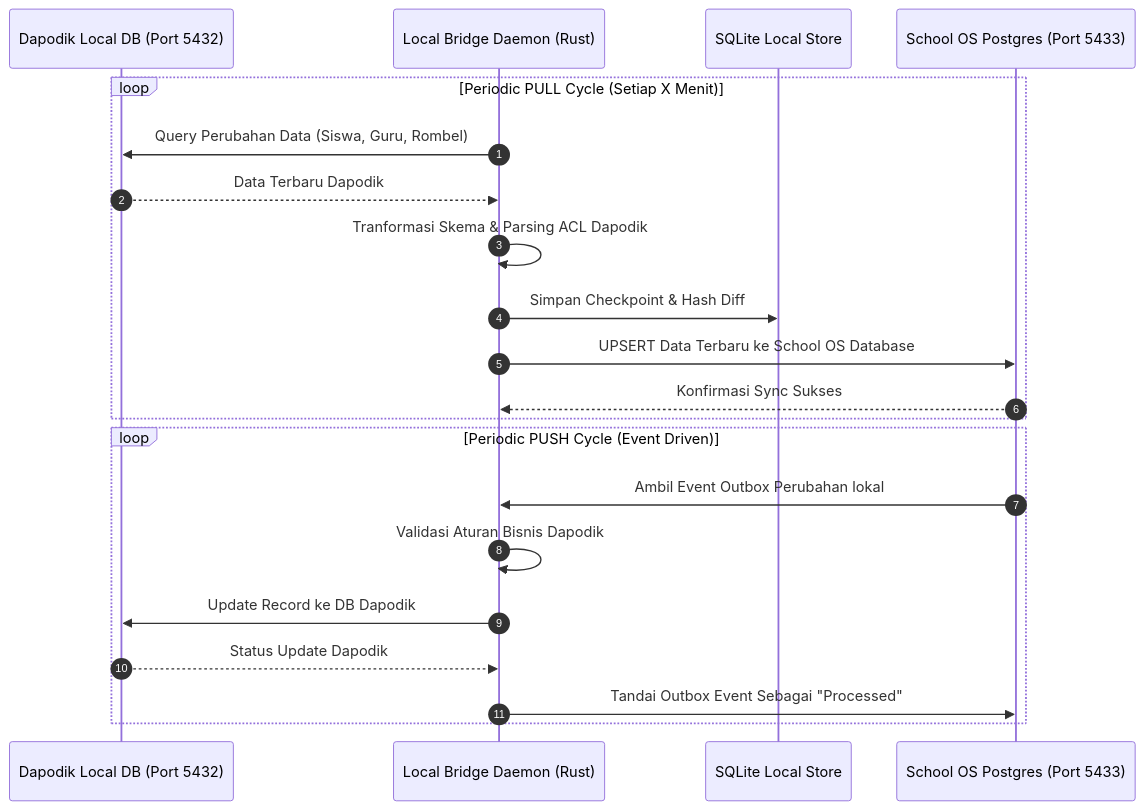
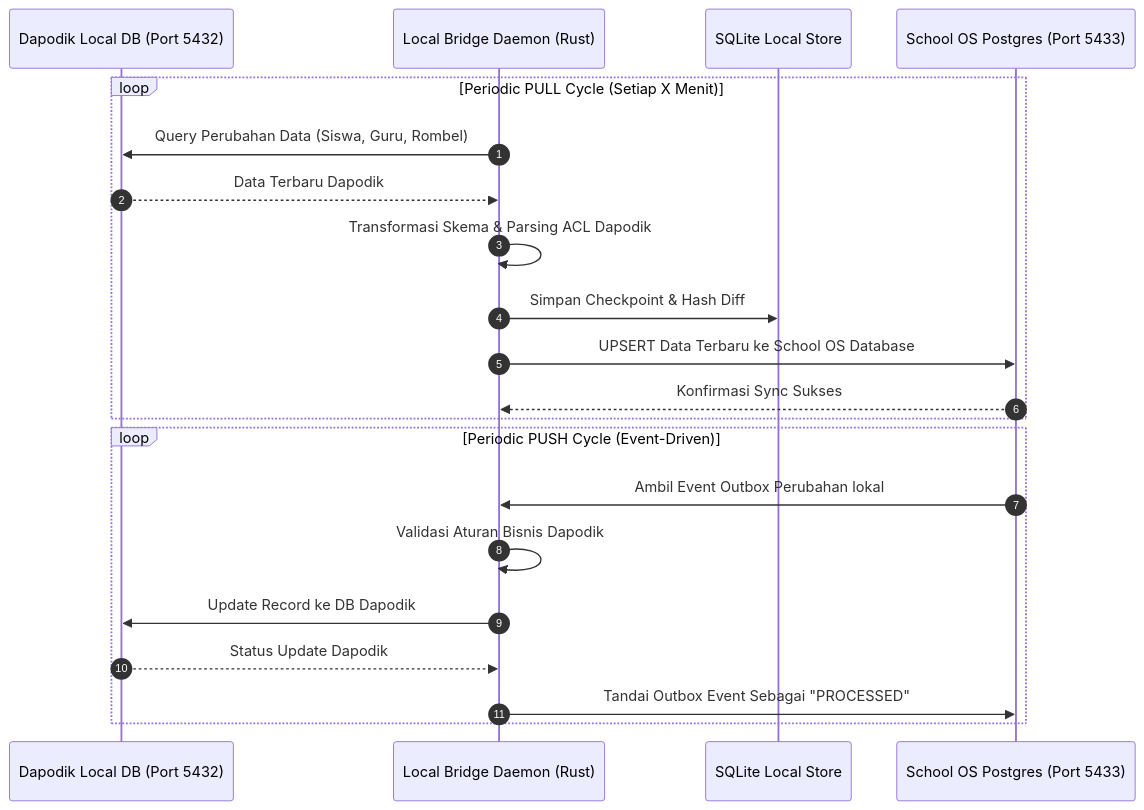
The third of 3 diagrams in README.md (nanaasnawi/school_os), drawn with Mermaid before and after one commit. The commit also changed other lines of this file and 4 other files, not shown here.

Commit message:
docs: add system architecture documentation and new ADRs for multi-tenancy, UUID v7, and frontend FSD

````diff
--- a/README.md
+++ b/README.md
@@ -86,25 +131,25 @@
 ```mermaid
 sequenceDiagram
     autonumber
     participant Dapodik as Dapodik Local DB (Port 5432)
     participant Agent as Local Bridge Daemon (Rust)
     participant Cache as SQLite Local Store
     participant Server as School OS Postgres (Port 5433)
 
     loop Periodic PULL Cycle (Setiap X Menit)
         Agent->>Dapodik: Query Perubahan Data (Siswa, Guru, Rombel)
         Dapodik-->>Agent: Data Terbaru Dapodik
-        Agent->>Agent: Tranformasi Skema & Parsing ACL Dapodik
+        Agent->>Agent: Transformasi Skema & Parsing ACL Dapodik
         Agent->>Cache: Simpan Checkpoint & Hash Diff
         Agent->>Server: UPSERT Data Terbaru ke School OS Database
         Server-->>Agent: Konfirmasi Sync Sukses
     end
 
-    loop Periodic PUSH Cycle (Event Driven)
+    loop Periodic PUSH Cycle (Event-Driven)
         Server->>Agent: Ambil Event Outbox Perubahan lokal
         Agent->>Agent: Validasi Aturan Bisnis Dapodik
         Agent->>Dapodik: Update Record ke DB Dapodik
         Dapodik-->>Agent: Status Update Dapodik
-        Agent->>Server: Tandai Outbox Event Sebagai "Processed"
+        Agent->>Server: Tandai Outbox Event Sebagai "PROCESSED"
     end
 ```
````
